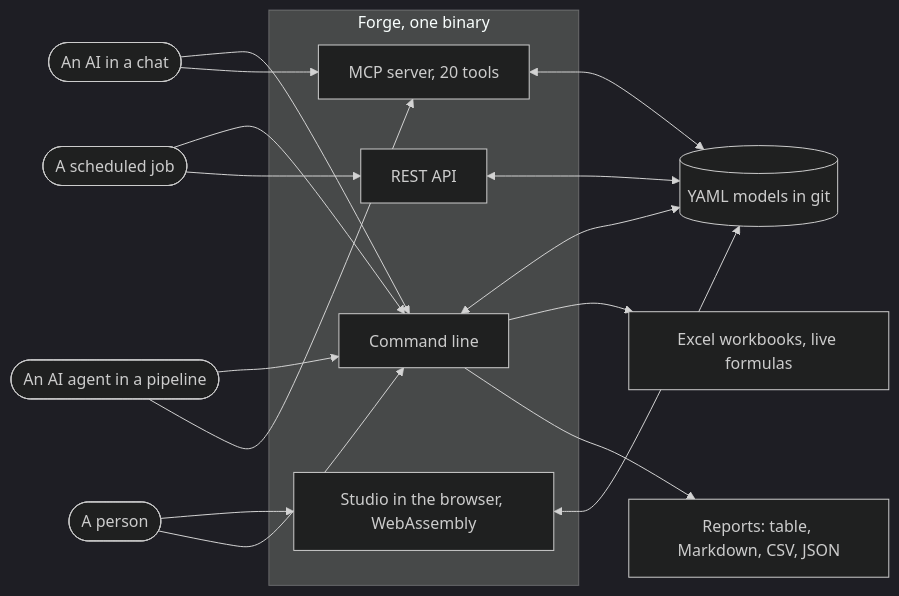
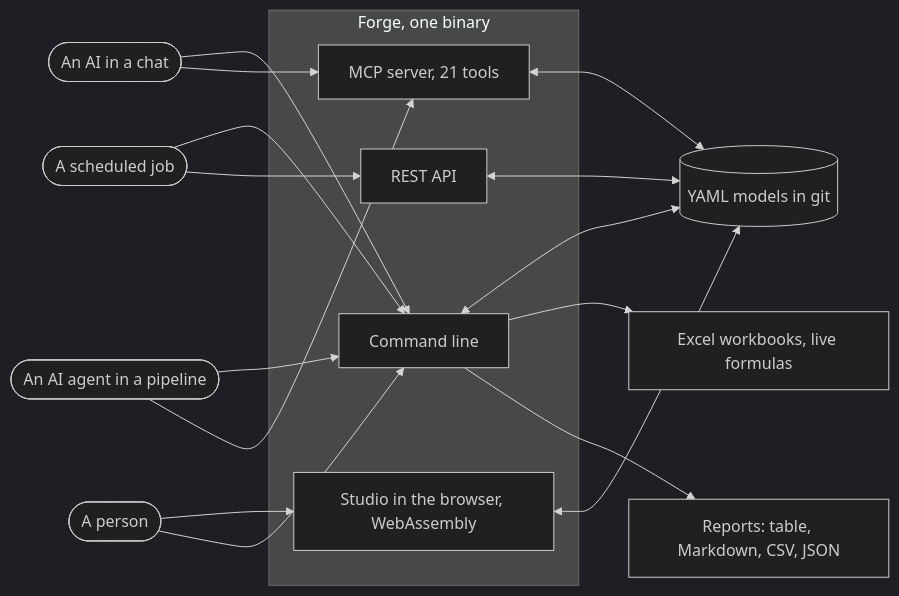
One commit to mollendorff-ai/forge changed the first of 5 diagrams in docs/WORKFLOWS.md. Above: the diagram before and after it, drawn with Mermaid (dark theme). The commit also changed 43 other files, not shown here.

````diff
--- a/docs/WORKFLOWS.md
+++ b/docs/WORKFLOWS.md
@@ -9,34 +9,34 @@
 ```mermaid
 flowchart LR
     person([A person])
     ai([An AI in a chat])
     job([A scheduled job])
     agent([An AI agent in a pipeline])
 
     subgraph forge [Forge, one binary]
         cli[Command line]
-        mcp[MCP server, 20 tools]
+        mcp[MCP server, 21 tools]
         rest[REST API]
         studio[Studio in the browser, WebAssembly]
     end
 
     yaml[(YAML models in git)]
     xlsx[Excel workbooks, live formulas]
     out[Reports: table, Markdown, CSV, JSON]
 
     person --> studio
     person --> cli
     ai --> cli
     ai --> mcp
     job --> cli
     job --> rest
     agent --> cli
     agent --> mcp
 
     cli <--> yaml
     mcp <--> yaml
     rest <--> yaml
     studio <--> yaml
     cli --> xlsx
     cli --> out
 ```
````
